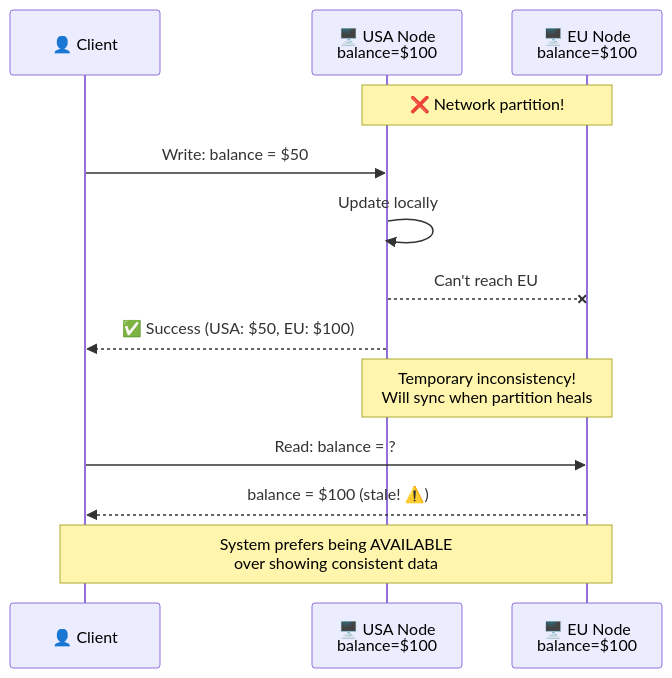
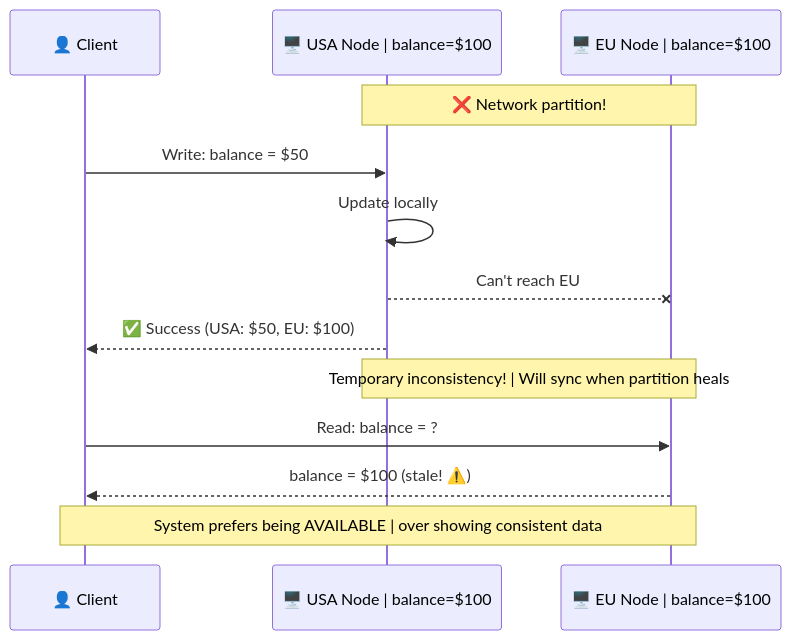
One commit to p1kmr/for-reading changed the seventh of 18 diagrams in HLD/foundation/08_cap-theorem.md. Above: the diagram before and after it, drawn with Mermaid. The commit also changed other lines of this file and 14 other files, not shown here.

Commit message:
Fix Mermaid diagram syntax: Replace <br/> with <br> for GitHub compatibility

````diff
--- a/HLD/foundation/08_cap-theorem.md
+++ b/HLD/foundation/08_cap-theorem.md
@@ -287,20 +287,20 @@
 ```mermaid
 sequenceDiagram
     participant Client as 👤 Client
-    participant USA as 🖥️ USA Node<br/>balance=$100
-    participant EU as 🖥️ EU Node<br/>balance=$100
+    participant USA as 🖥️ USA Node | balance=$100
+    participant EU as 🖥️ EU Node | balance=$100
 
     Note over USA,EU: ❌ Network partition!
 
     Client->>USA: Write: balance = $50
     USA->>USA: Update locally
     USA--xEU: Can't reach EU
     USA-->>Client: ✅ Success (USA: $50, EU: $100)
 
-    Note over USA,EU: Temporary inconsistency!<br/>Will sync when partition heals
+    Note over USA,EU: Temporary inconsistency! | Will sync when partition heals
 
     Client->>EU: Read: balance = ?
     EU-->>Client: balance = $100 (stale! ⚠️)
 
-    Note over Client,EU: System prefers being AVAILABLE<br/>over showing consistent data
+    Note over Client,EU: System prefers being AVAILABLE | over showing consistent data
 ```
````
